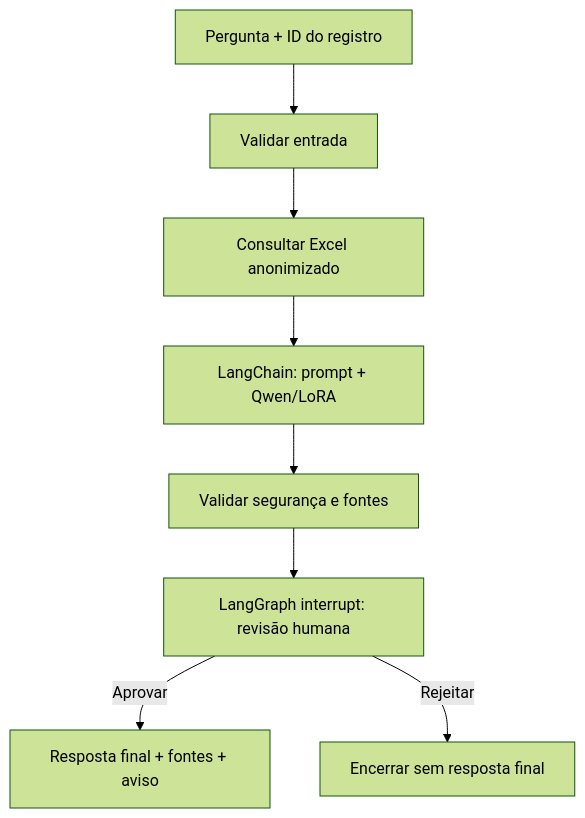
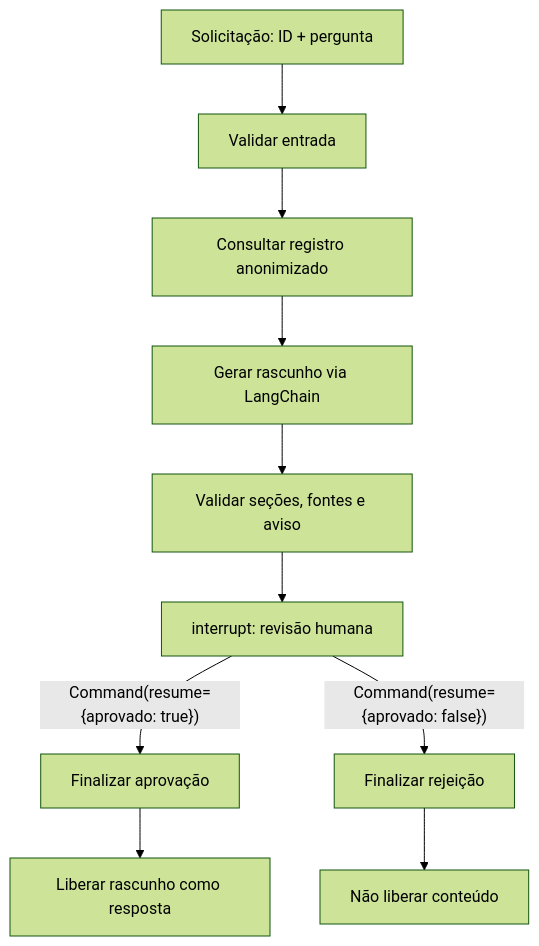
One commit to gilbertoag2007/fiap-tech-challenge-fase3 changed the second of 2 diagrams in fine-tunning-llm/README.md. Above: the diagram before and after it, drawn with Mermaid (forest theme). The commit also changed other lines of this file and 1 other file, not shown here.

````diff
--- a/fine-tunning-llm/README.md
+++ b/fine-tunning-llm/README.md
@@ -81,10 +148,12 @@
 ```mermaid
 flowchart TD
-    A["Pergunta + ID do registro"] --> B["Validar entrada"]
-    B --> C["Consultar Excel anonimizado"]
-    C --> D["LangChain: prompt + Qwen/LoRA"]
-    D --> E["Validar segurança e fontes"]
-    E --> F["LangGraph interrupt: revisão humana"]
-    F -->|Aprovar| G["Resposta final + fontes + aviso"]
-    F -->|Rejeitar| H["Encerrar sem resposta final"]
+    A["Solicitação: ID + pergunta"] --> B["Validar entrada"]
+    B --> C["Consultar registro anonimizado"]
+    C --> D["Gerar rascunho via LangChain"]
+    D --> E["Validar seções, fontes e aviso"]
+    E --> F["interrupt: revisão humana"]
+    F -->|"Command(resume={aprovado: true})"| G["Finalizar aprovação"]
+    F -->|"Command(resume={aprovado: false})"| H["Finalizar rejeição"]
+    G --> I["Liberar rascunho como resposta"]
+    H --> J["Não liberar conteúdo"]
 ```
````
